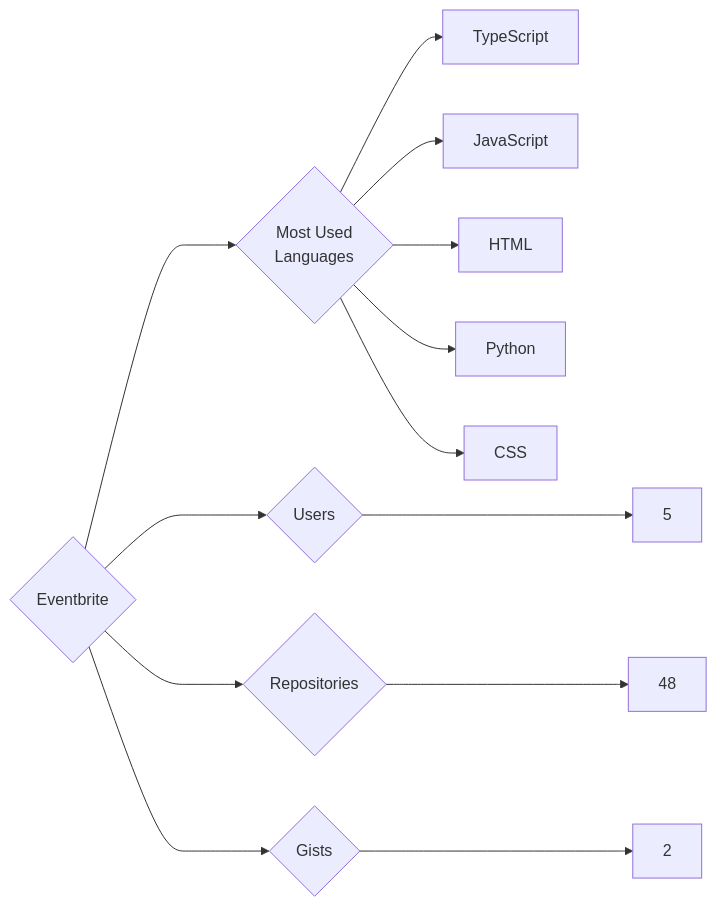
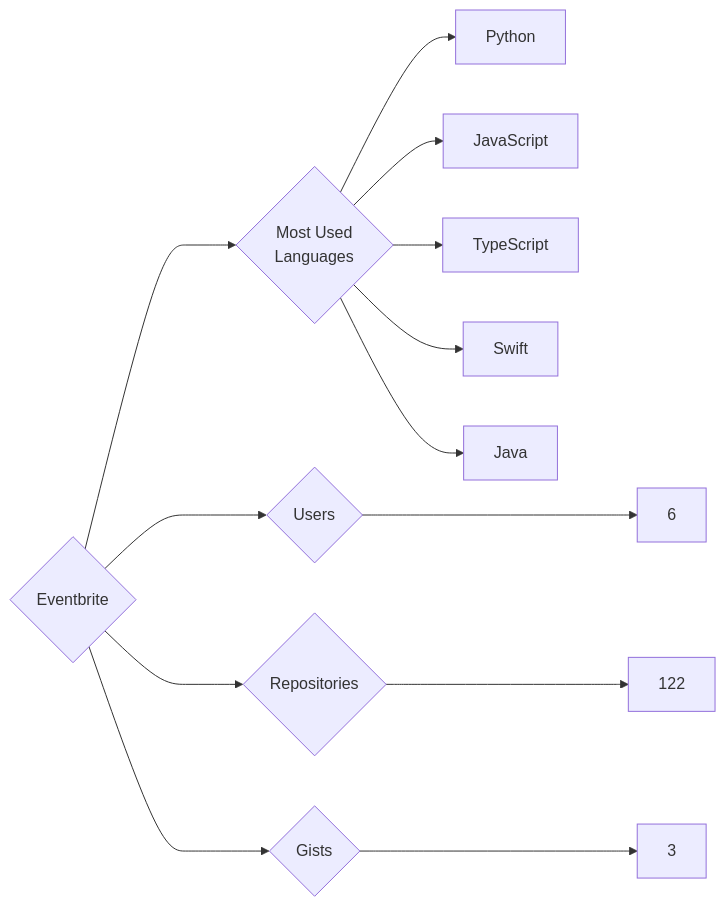
The diagram in targets/Eventbrite/README.md (trickest/insiders), drawn with Mermaid before and after one commit. The commit also changed 951 other files, not shown here.

````diff
--- a/targets/Eventbrite/README.md
+++ b/targets/Eventbrite/README.md
@@ -3,13 +3,13 @@
 ```mermaid
 graph LR
 COMPANY_NAME{Eventbrite}
-COMPANY_NAME ---> U{Users} ---> UN[5]
-COMPANY_NAME ---> R{Repositories} ---> RN[48]
-COMPANY_NAME ---> G{Gists} ---> GN[2]
+COMPANY_NAME ---> U{Users} ---> UN[6]
+COMPANY_NAME ---> R{Repositories} ---> RN[122]
+COMPANY_NAME ---> G{Gists} ---> GN[3]
 COMPANY_NAME ---> ML{Most Used<br>Languages}
+ML --> Python[Python]
+ML --> JavaScript[JavaScript]
 ML --> TypeScript[TypeScript]
-ML --> JavaScript[JavaScript]
-ML --> HTML[HTML]
-ML --> Python[Python]
-ML --> CSS[CSS]
+ML --> Swift[Swift]
+ML --> Java[Java]
 ```
````
